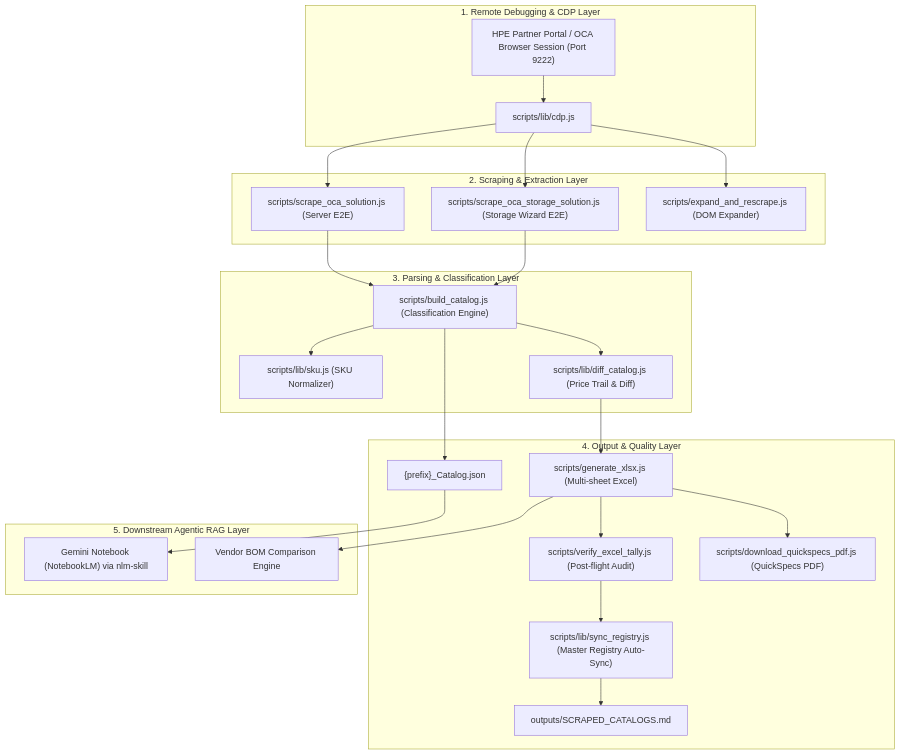
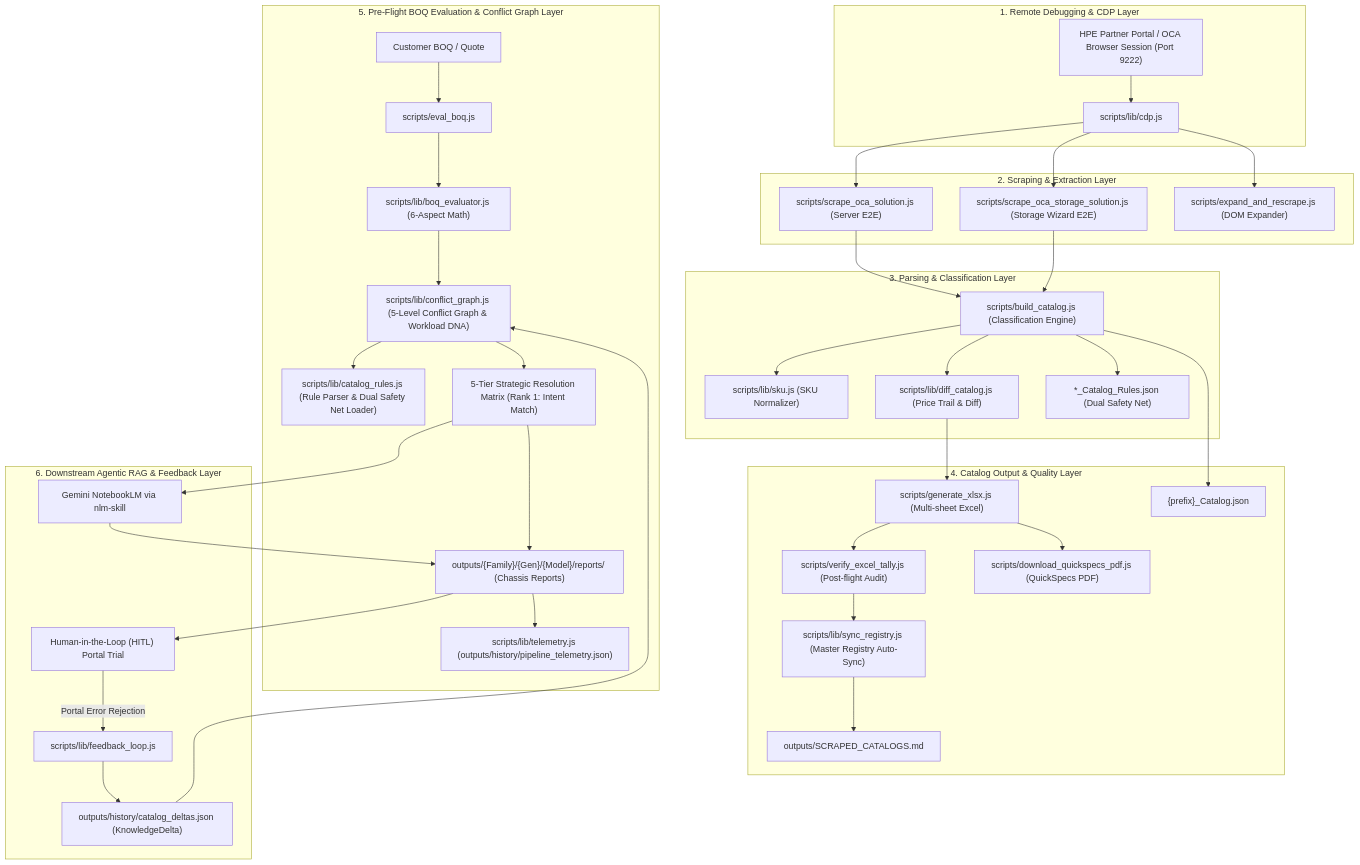
Before and after one commit to vinodhsubramanian123/vendorscrappingtoexcel: the diagram in docs/PROJECT_ARCHITECTURE_AND_MD_FILES.md, drawn with Mermaid. The commit also changed other lines of this file and 34 other files, not shown here.

First line of the commit message:
feat(pipeline): Implement 5-Level Dependency Conflict Graph, Workload DNA Profiler & 5-Tier Strategic Resolution Matrix

````diff
--- a/docs/PROJECT_ARCHITECTURE_AND_MD_FILES.md
+++ b/docs/PROJECT_ARCHITECTURE_AND_MD_FILES.md
@@ -9,33 +9,48 @@
 ```mermaid
 graph TD
     subgraph "1. Remote Debugging & CDP Layer"
         A["HPE Partner Portal / OCA Browser Session (Port 9222)"] --> B["scripts/lib/cdp.js"]
     end
 
     subgraph "2. Scraping & Extraction Layer"
         B --> C["scripts/scrape_oca_solution.js (Server E2E)"]
         B --> D["scripts/scrape_oca_storage_solution.js (Storage Wizard E2E)"]
         B --> E["scripts/expand_and_rescrape.js (DOM Expander)"]
     end
 
     subgraph "3. Parsing & Classification Layer"
         C --> F["scripts/build_catalog.js (Classification Engine)"]
         D --> F
         F --> G["scripts/lib/sku.js (SKU Normalizer)"]
         F --> H["scripts/lib/diff_catalog.js (Price Trail & Diff)"]
+        F --> I["*_Catalog_Rules.json (Dual Safety Net)"]
     end
 
-    subgraph "4. Output & Quality Layer"
-        H --> I["scripts/generate_xlsx.js (Multi-sheet Excel)"]
-        F --> J["{prefix}_Catalog.json"]
-        I --> K["scripts/verify_excel_tally.js (Post-flight Audit)"]
-        I --> L["scripts/download_quickspecs_pdf.js (QuickSpecs PDF)"]
-        K --> M["scripts/lib/sync_registry.js (Master Registry Auto-Sync)"]
-        M --> N["outputs/SCRAPED_CATALOGS.md"]
+    subgraph "4. Catalog Output & Quality Layer"
+        H --> J["scripts/generate_xlsx.js (Multi-sheet Excel)"]
+        F --> K["{prefix}_Catalog.json"]
+        J --> L["scripts/verify_excel_tally.js (Post-flight Audit)"]
+        J --> M["scripts/download_quickspecs_pdf.js (QuickSpecs PDF)"]
+        L --> N["scripts/lib/sync_registry.js (Master Registry Auto-Sync)"]
+        N --> O["outputs/SCRAPED_CATALOGS.md"]
     end
 
-    subgraph "5. Downstream Agentic RAG Layer"
-        J --> O["Gemini Notebook (NotebookLM) via nlm-skill"]
-        I --> P["Vendor BOM Comparison Engine"]
+    subgraph "5. Pre-Flight BOQ Evaluation & Conflict Graph Layer"
+        P["Customer BOQ / Quote"] --> Q["scripts/eval_boq.js"]
+        Q --> R["scripts/lib/boq_evaluator.js (6-Aspect Math)"]
+        R --> S["scripts/lib/conflict_graph.js (5-Level Conflict Graph & Workload DNA)"]
+        S --> T["scripts/lib/catalog_rules.js (Rule Parser & Dual Safety Net Loader)"]
+        S --> U["5-Tier Strategic Resolution Matrix (Rank 1: Intent Match)"]
+        U --> V["outputs/{Family}/{Gen}/{Model}/reports/ (Chassis Reports)"]
+        V --> W["scripts/lib/telemetry.js (outputs/history/pipeline_telemetry.json)"]
+    end
+
+    subgraph "6. Downstream Agentic RAG & Feedback Layer"
+        U --> X["Gemini NotebookLM via nlm-skill"]
+        X --> V
+        V --> Y["Human-in-the-Loop (HITL) Portal Trial"]
+        Y -- "Portal Error Rejection" --> Z["scripts/lib/feedback_loop.js"]
+        Z --> AA["outputs/history/catalog_deltas.json (KnowledgeDelta)"]
+        AA --> S
     end
 ```
````
